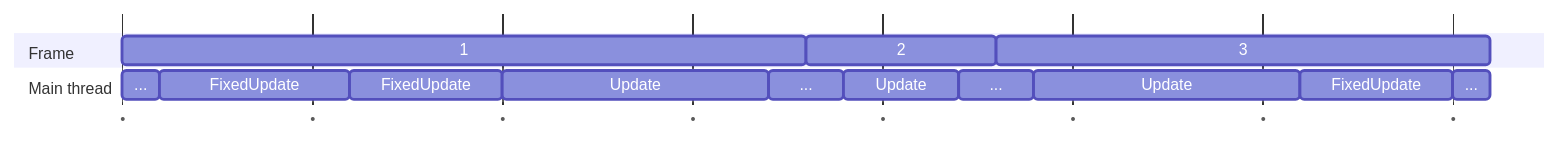
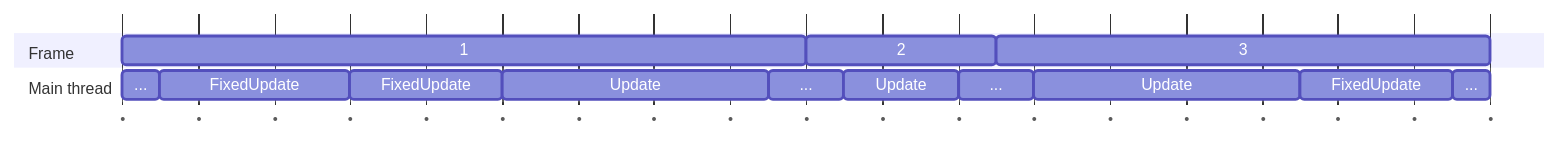
One commit to vertxxyz/help.vertx.xyz changed the first of 2 diagrams in Troubleshooter/Assets/Site/Info/FixedUpdate.md. Above: the diagram before and after it, drawn with Mermaid. The commit also changed 3 other files, not shown here.

Commit message:
Fixed mermaid styling. Finalised FixedUpdate for first release.

````diff
--- a/Troubleshooter/Assets/Site/Info/FixedUpdate.md
+++ b/Troubleshooter/Assets/Site/Info/FixedUpdate.md
@@ -15,24 +15,24 @@
 ```mermaid
 ---
 displayMode: compact
 ---
 gantt
     dateFormat  SSS
-%%    tickInterval 0.0004minute
+    tickInterval 2millisecond
     axisFormat •
     section Frame
-        1: 0, 18ms
+        1: 000, 18ms
         2: 5ms
         3: 13ms
     section Main thread
-        ...: 0, 1ms
+        ...: 000, 1ms
         FixedUpdate: 5ms
         FixedUpdate: 4ms
         Update: 7ms
         ...: 2ms
         Update: 3ms
         ...: 2ms
         Update: 7ms
         FixedUpdate: 4ms
         ...: 1ms
 ```  
````
